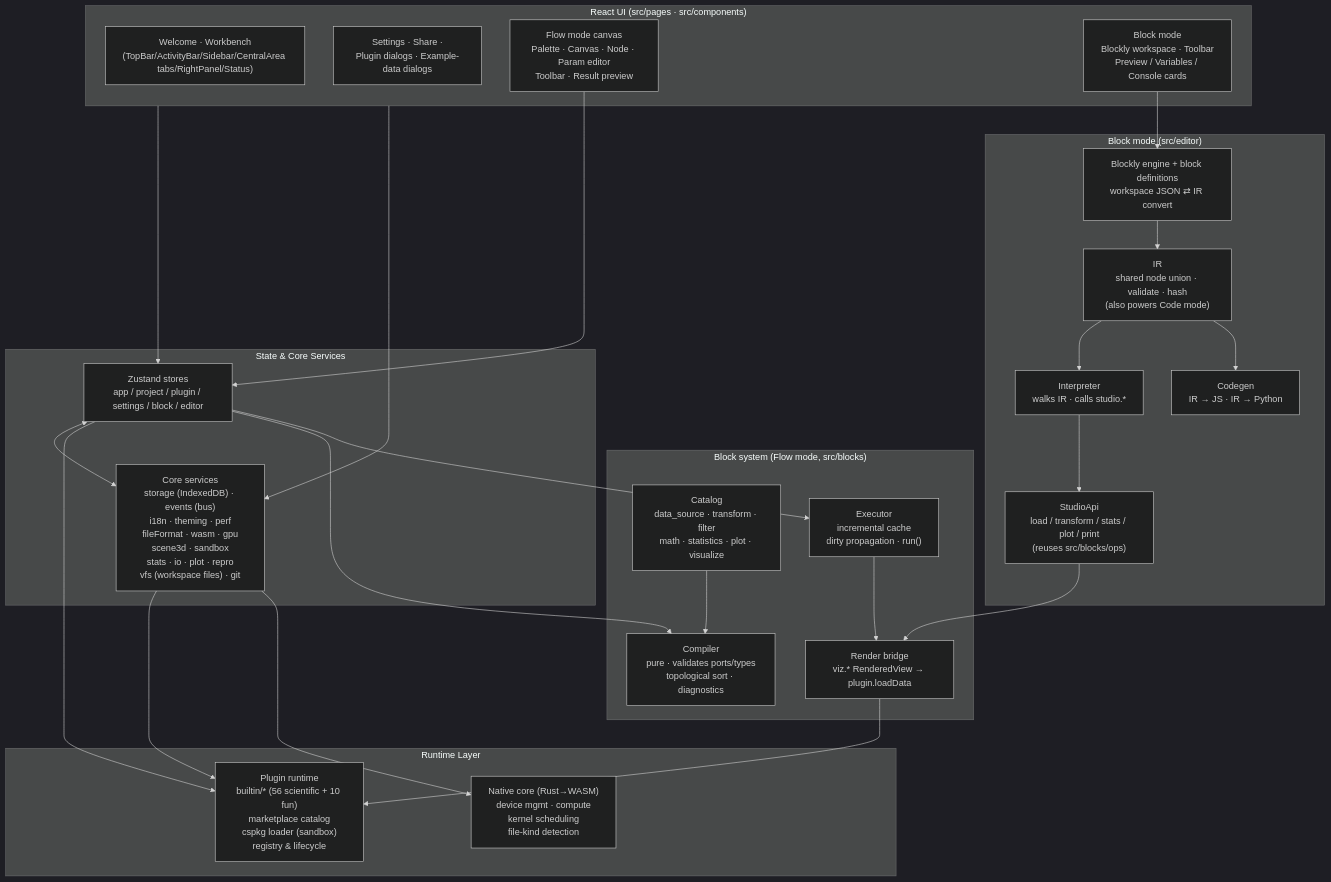
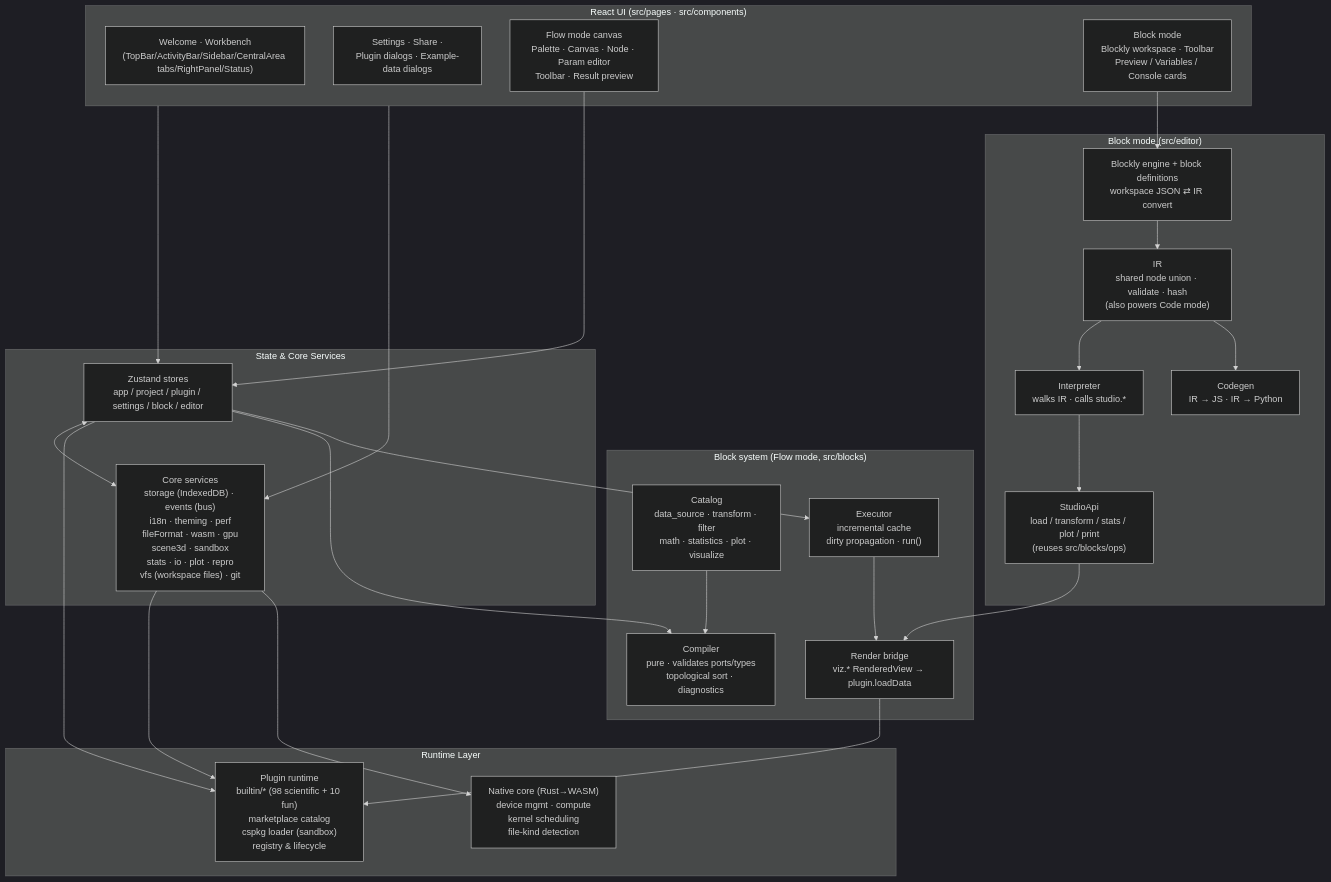
The diagram in docs/guide/architecture.md (SnowLeopard-io/ErgalicsStudio), drawn with Mermaid (dark theme) before and after one commit. The commit also changed other lines of this file and 8 other files, not shown here.

First line of the commit message:
docs: 更新文档与物理插件，修复极坐标绘图问题

````diff
--- a/docs/guide/architecture.md
+++ b/docs/guide/architecture.md
@@ -5,53 +5,53 @@
 ```mermaid
 flowchart TB
     subgraph UI["React UI (src/pages · src/components)"]
         A1["Welcome · Workbench<br/>(TopBar/ActivityBar/Sidebar/CentralArea tabs/RightPanel/Status)"]
         A2["Settings · Share ·<br/>Plugin dialogs · Example-data dialogs"]
         A3["Flow mode canvas<br/>Palette · Canvas · Node · Param editor<br/>Toolbar · Result preview"]
         A4["Block mode<br/>Blockly workspace · Toolbar<br/>Preview / Variables / Console cards"]
     end
 
     subgraph State["State & Core Services"]
         B1["Zustand stores<br/>app / project / plugin / settings / block / editor"]
         B2["Core services<br/>storage (IndexedDB) · events (bus)<br/>i18n · theming · perf<br/>fileFormat · wasm · gpu<br/>scene3d · sandbox<br/>stats · io · plot · repro<br/>vfs (workspace files) · git"]
     end
 
     subgraph Blocks["Block system (Flow mode, src/blocks)"]
         D1["Catalog<br/>data_source · transform · filter<br/>math · statistics · plot · visualize"]
         D2["Compiler<br/>pure · validates ports/types<br/>topological sort · diagnostics"]
         D3["Executor<br/>incremental cache<br/>dirty propagation · run()"]
         D4["Render bridge<br/>viz.* RenderedView → plugin.loadData"]
     end
 
     subgraph Editor["Block mode (src/editor)"]
         E1["IR<br/>shared node union · validate · hash<br/>(also powers Code mode)"]
         E2["Blockly engine + block definitions<br/>workspace JSON ⇄ IR convert"]
         E3["Interpreter<br/>walks IR · calls studio.*"]
         E4["Codegen<br/>IR → JS · IR → Python"]
         E5["StudioApi<br/>load / transform / stats / plot / print<br/>(reuses src/blocks/ops)"]
     end
 
     subgraph Runtime["Runtime Layer"]
-        C1["Plugin runtime<br/>builtin/* (56 scientific + 10 fun)<br/>marketplace catalog<br/>cspkg loader (sandbox)<br/>registry & lifecycle"]
+        C1["Plugin runtime<br/>builtin/* (98 scientific + 10 fun)<br/>marketplace catalog<br/>cspkg loader (sandbox)<br/>registry & lifecycle"]
         C2["Native core (Rust→WASM)<br/>device mgmt · compute<br/>kernel scheduling<br/>file-kind detection"]
     end
 
     UI --> B1
     UI --> B2
     B1 <--> B2
     B1 --> C1
     B2 --> C1
     B2 --> C2
     A3 --> B1
     B1 --> D2
     B1 --> D3
     D1 --> D2
     D3 --> D4
     D4 --> C1
     A4 --> E2
     E2 --> E1
     E1 --> E3
     E1 --> E4
     E3 --> E5
     E5 --> D4
 ```
````
